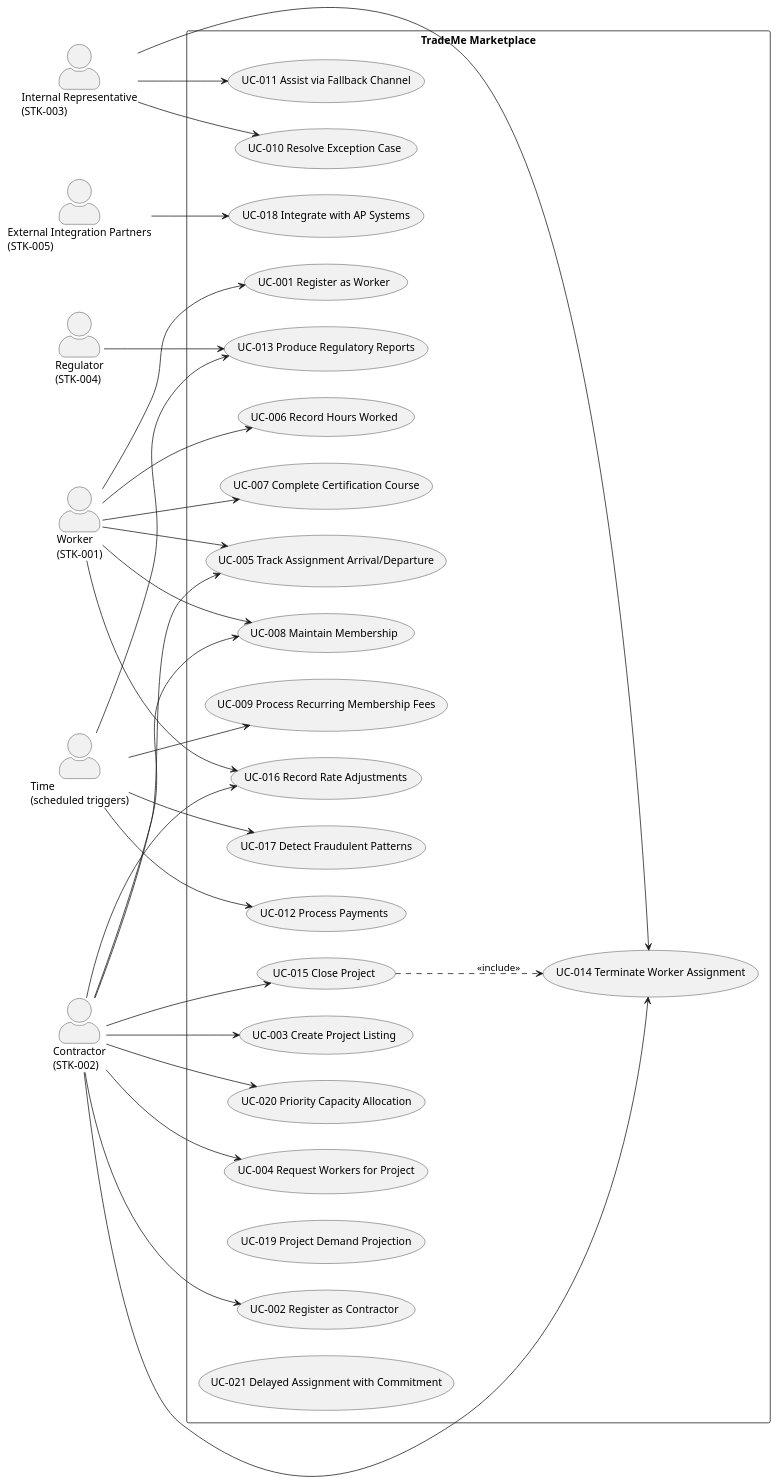
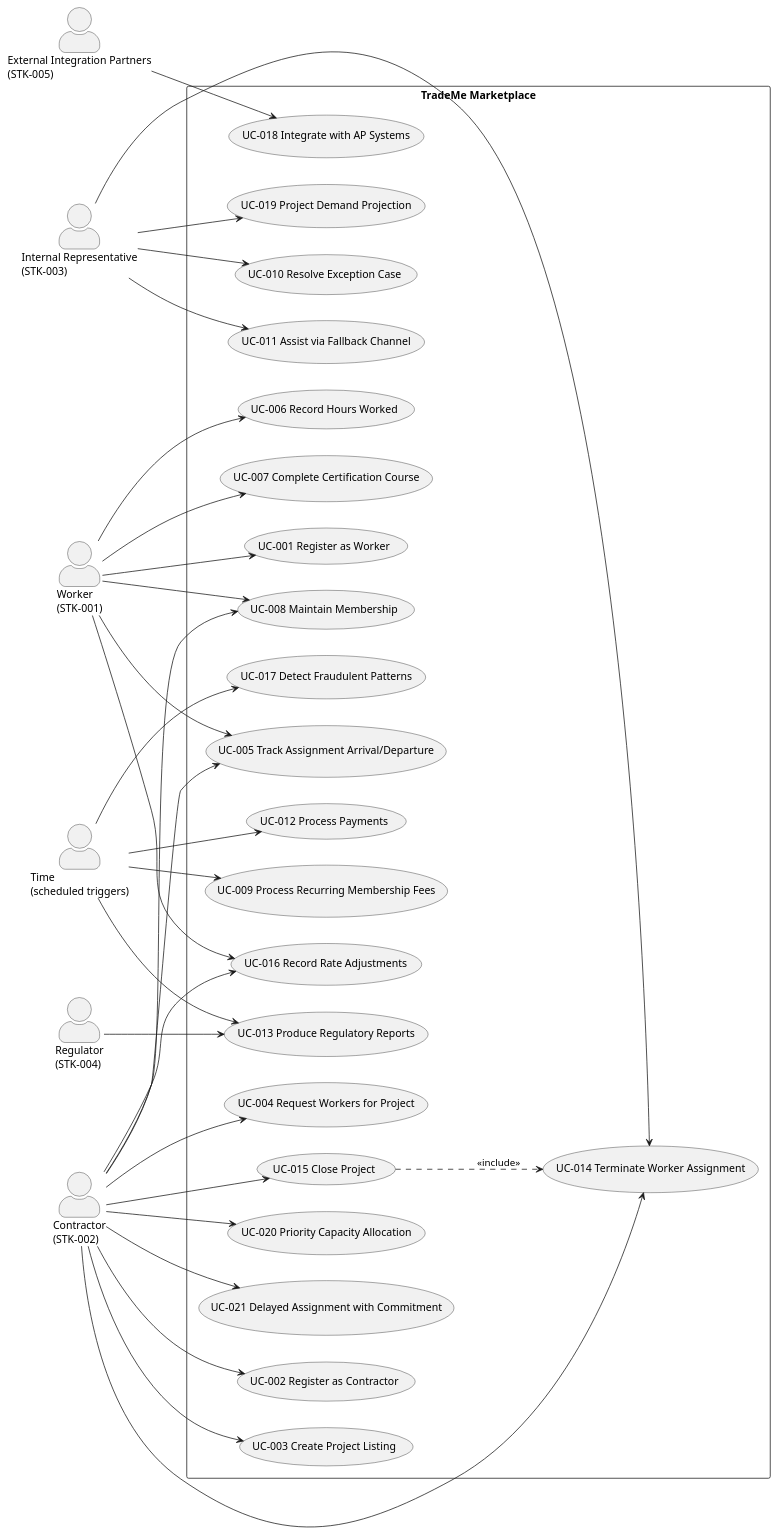
One commit to banense-test/trademe changed the first of 2 diagrams in docs/artifacts/requirements/use-case-model.md. Above: the diagram before and after it, drawn with PlantUML. The commit also changed other lines of this file, not shown here.

Commit message:
System Analyst [I2]: upsert Use-Case Model
[skip ci]

````diff
--- a/docs/artifacts/requirements/use-case-model.md
+++ b/docs/artifacts/requirements/use-case-model.md
@@ -11,65 +10,67 @@
 ```plantuml
 @startuml
 left to right direction
 skinparam packageStyle rectangle
 skinparam actorStyle awesome
 
 actor "Worker\n(STK-001)" as Worker
 actor "Contractor\n(STK-002)" as Contractor
 actor "Internal Representative\n(STK-003)" as Rep
 actor "Regulator\n(STK-004)" as Regulator
 actor "External Integration Partners\n(STK-005)" as Ext
 actor "Time\n(scheduled triggers)" as Time
 
 rectangle "TradeMe Marketplace" {
   usecase "UC-001 Register as Worker" as UC1
   usecase "UC-002 Register as Contractor" as UC2
   usecase "UC-003 Create Project Listing" as UC3
   usecase "UC-004 Request Workers for Project" as UC4
   usecase "UC-005 Track Assignment Arrival/Departure" as UC5
   usecase "UC-006 Record Hours Worked" as UC6
   usecase "UC-007 Complete Certification Course" as UC7
   usecase "UC-008 Maintain Membership" as UC8
   usecase "UC-009 Process Recurring Membership Fees" as UC9
   usecase "UC-010 Resolve Exception Case" as UC10
   usecase "UC-011 Assist via Fallback Channel" as UC11
   usecase "UC-012 Process Payments" as UC12
   usecase "UC-013 Produce Regulatory Reports" as UC13
   usecase "UC-014 Terminate Worker Assignment" as UC14
   usecase "UC-015 Close Project" as UC15
   usecase "UC-016 Record Rate Adjustments" as UC16
   usecase "UC-017 Detect Fraudulent Patterns" as UC17
   usecase "UC-018 Integrate with AP Systems" as UC18
   usecase "UC-019 Project Demand Projection" as UC19
   usecase "UC-020 Priority Capacity Allocation" as UC20
   usecase "UC-021 Delayed Assignment with Commitment" as UC21
 }
 
 Worker --> UC1
 Worker --> UC5
 Worker --> UC6
 Worker --> UC7
 Worker --> UC8
 Worker --> UC16
 Contractor --> UC2
 Contractor --> UC3
 Contractor --> UC4
 Contractor --> UC5
 Contractor --> UC8
 Contractor --> UC14
 Contractor --> UC15
 Contractor --> UC16
 Contractor --> UC20
+Contractor --> UC21
 Rep --> UC10
 Rep --> UC11
 Rep --> UC14
+Rep --> UC19
 Regulator --> UC13
 Ext --> UC18
 Time --> UC9
 Time --> UC12
 Time --> UC13
 Time --> UC17
 
 UC15 ..> UC14 : <<include>>
 @enduml
 ```
````
